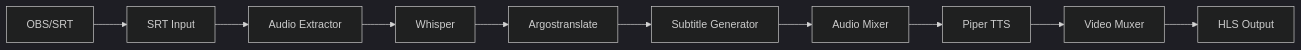
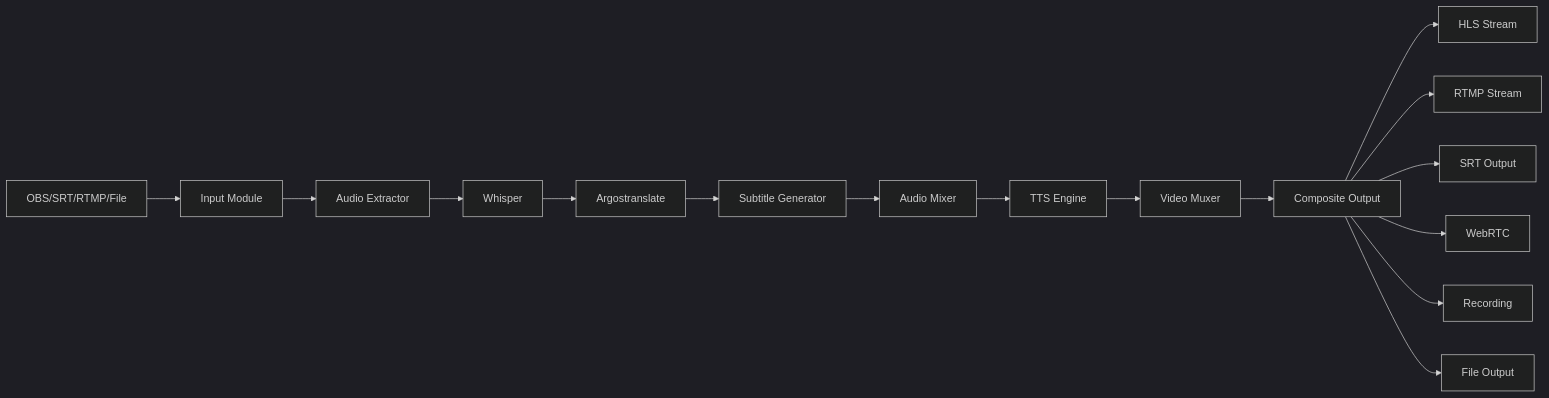
The diagram in docs/index.md (BrunoJimenez73/srt2web), drawn with Mermaid (dark theme) before and after one commit. The commit also changed other lines of this file and 7 other files, not shown here.

Commit message:
docs: Update and expand documentation - multi-output, WebRTC, CLI, signals/effects, pipeline modes

````diff
--- a/docs/index.md
+++ b/docs/index.md
@@ -20,12 +25,18 @@
 ```mermaid
 graph LR
-    A[OBS/SRT] --> B[SRT Input]
+    A[OBS/SRT/RTMP/File] --> B[Input Module]
     B --> C[Audio Extractor]
     C --> D[Whisper]
     D --> E[Argostranslate]
     E --> F[Subtitle Generator]
     F --> G[Audio Mixer]
-    G --> H[Piper TTS]
+    G --> H[TTS Engine]
     H --> I[Video Muxer]
-    I --> J[HLS Output]
+    I --> J[Composite Output]
+    J --> K1[HLS Stream]
+    J --> K2[RTMP Stream]
+    J --> K3[SRT Output]
+    J --> K4[WebRTC]
+    J --> K5[Recording]
+    J --> K6[File Output]
 ```
````
